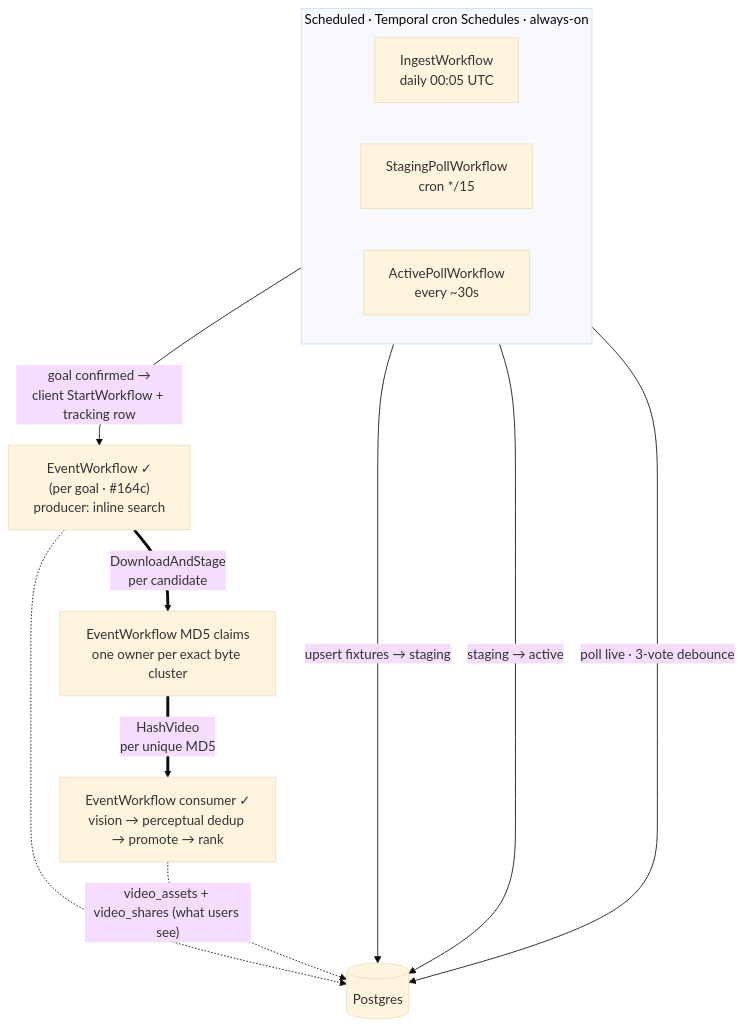
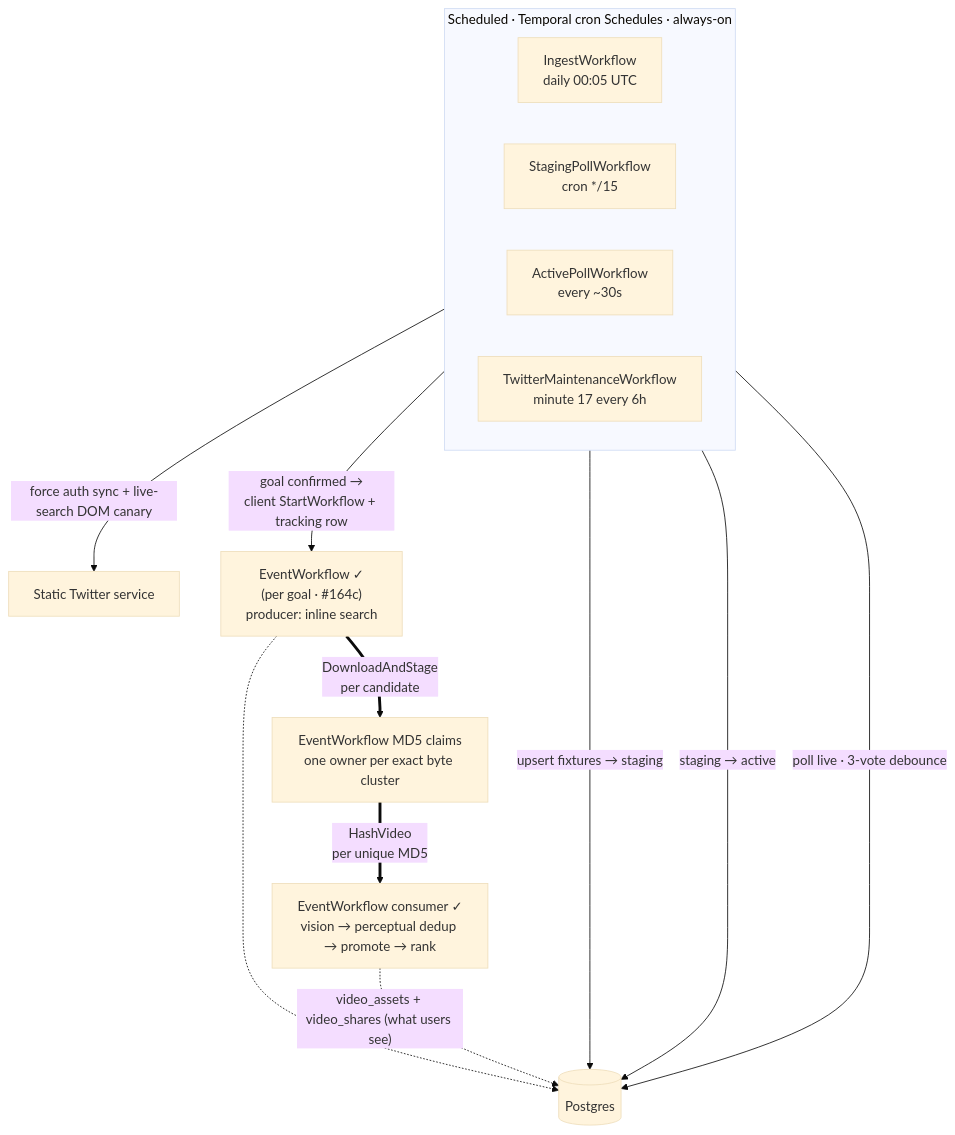
Before and after one commit to vedantadhobley/found-footy: the diagram in docs/orchestration/README.md, drawn with Mermaid (base theme). The commit also changed other lines of this file and 26 other files, not shown here.

Commit message:
feat(twitter): maintain shared search session

````diff
--- a/docs/orchestration/README.md
+++ b/docs/orchestration/README.md
@@ -75,20 +78,22 @@
 ```mermaid
 flowchart TD
     subgraph S["Scheduled · Temporal cron Schedules · always-on"]
         direction LR
         Ingest["IngestWorkflow<br/>daily 00:05 UTC"]
         Staging["StagingPollWorkflow<br/>cron */15"]
         Active["ActivePollWorkflow<br/>every ~30s"]
+        TwitterMaintenance["TwitterMaintenanceWorkflow<br/>minute 17 every 6h"]
     end
 
     Ingest -->|"upsert fixtures → staging"| PG[("Postgres")]
     Staging -->|"staging → active"| PG
     Active -->|"poll live · 3-vote debounce"| PG
+    TwitterMaintenance -->|"force auth sync + live-search DOM canary"| Twitter["Static Twitter service"]
 
     Active -->|"goal confirmed →<br/>client StartWorkflow + tracking row"| Disc["EventWorkflow ✓<br/>(per goal · #164c)<br/>producer: inline search"]
     Disc ==>|"DownloadAndStage<br/>per candidate"| Claim["EventWorkflow MD5 claims<br/>one owner per exact byte cluster"]
     Claim ==>|"HashVideo<br/>per unique MD5"| Q["EventWorkflow consumer ✓<br/>vision → perceptual dedup → promote → rank"]
 
     Disc -.-> PG
     Q -.->|"video_assets + video_shares (what users see)"| PG
 ```
````
